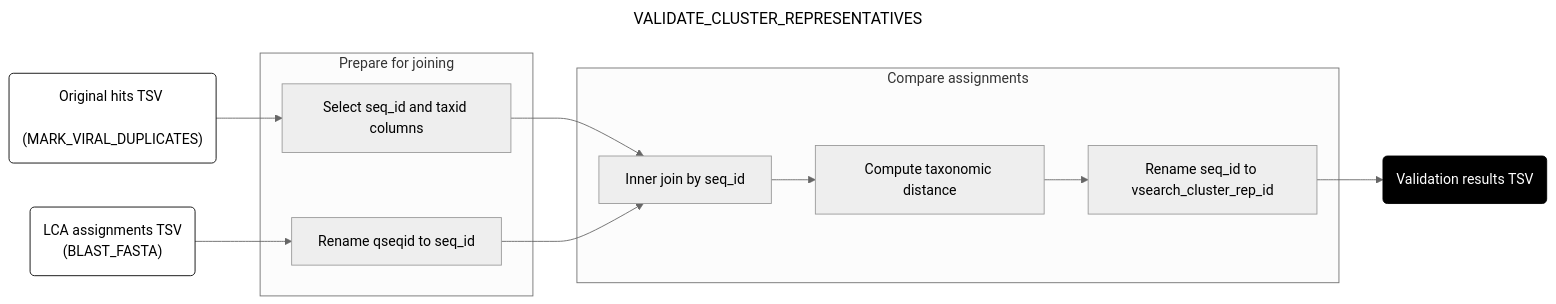
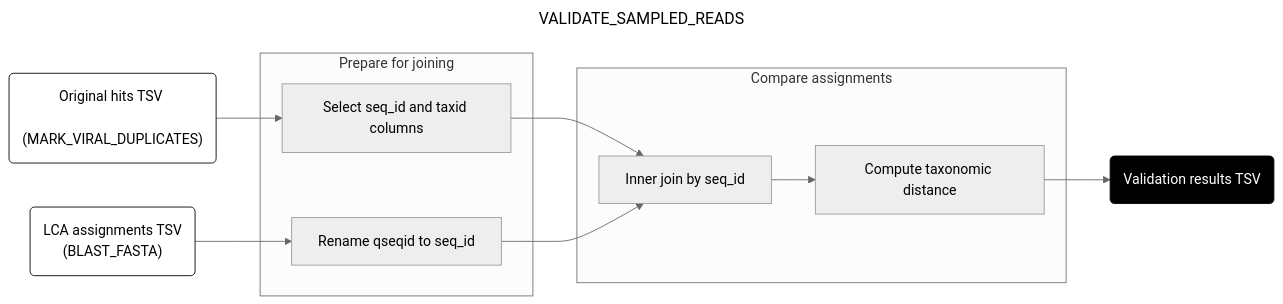
Before and after one commit to securebio/nao-mgs-workflow: the ninth of 10 diagrams in docs/downstream.md, drawn with Mermaid (neutral theme). The commit also changed other lines of this file and 14 other files, not shown here.

First line of the commit message:
Validate a downsampled read subset instead of cluster exemplars (#911)

````diff
--- a/docs/downstream.md
+++ b/docs/downstream.md
@@ -436,27 +439,25 @@
 ```mermaid
 ---
-title: VALIDATE_CLUSTER_REPRESENTATIVES
+title: VALIDATE_SAMPLED_READS
 config:
   layout: horizontal
 ---
 flowchart LR
 A("Original hits TSV <br> (MARK_VIRAL_DUPLICATES)") --> B[Select seq_id and taxid columns]
 C("LCA assignments TSV <br> (BLAST_FASTA)") --> D[Rename qseqid to seq_id]
 B --> E[Inner join by seq_id]
 D --> E
 E --> F[Compute taxonomic distance]
-F --> G[Rename seq_id to vsearch_cluster_rep_id]
-G --> H(Validation results TSV)
+F --> H(Validation results TSV)
 subgraph "Prepare for joining"
 B
 D
 end
 subgraph "Compare assignments"
 E
 F
-G
 end
 style A fill:#fff,stroke:#000
 style C fill:#fff,stroke:#000
 style H fill:#000,color:#fff,stroke:#000
 ```
````
